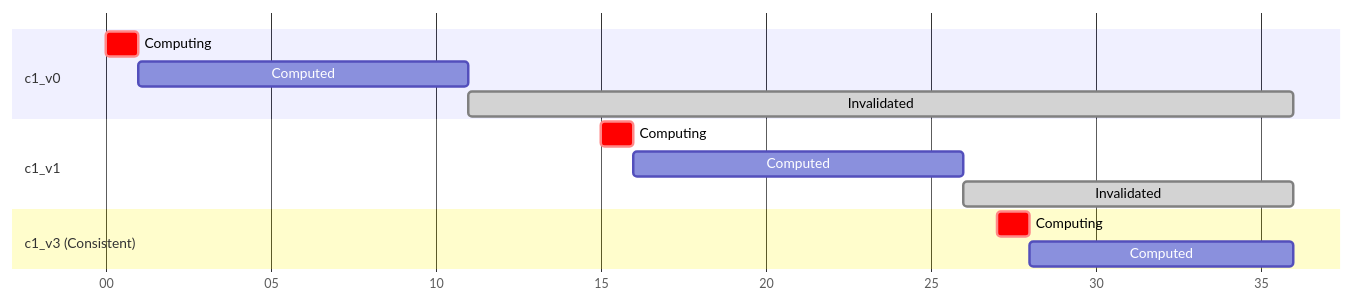
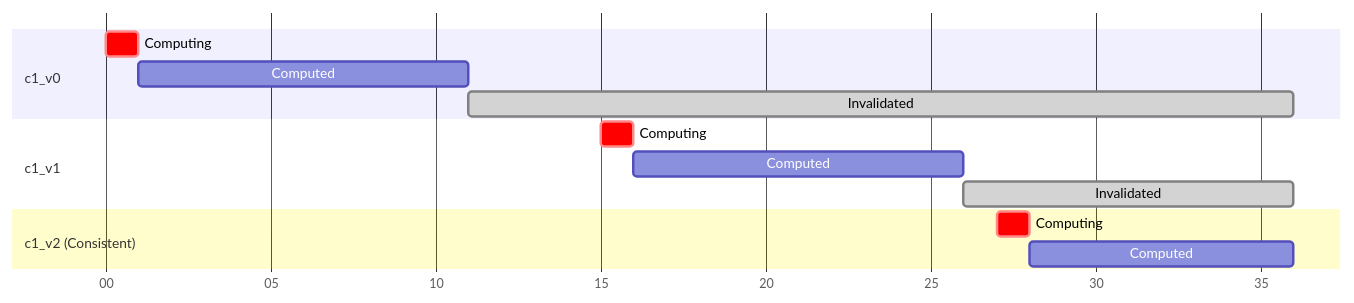
The diagram in docs/img-src/Computed-Gantt.mmd (servicetitan/Stl.Fusion), drawn with Mermaid before and after one commit. The commit also changed 9 other files, not shown here.

```diff
--- a/docs/img-src/Computed-Gantt.mmd
+++ b/docs/img-src/Computed-Gantt.mmd
@@ -1,14 +1,14 @@
 gantt
   dateFormat s
   axisFormat %S
 	section c1_v0
 	Computing   : crit, a0, 0, 1s
 	Computed    : a1, after a0, 10s
 	Invalidated : done, a2, after a1, 25s
   section c1_v1
   Computing   : crit, b0, 15, 1s
 	Computed    : b1, after b0, 10s
 	Invalidated : done, b2, after b1, 10s
-  section c1_v3 (Consistent)
+  section c1_v2 (Consistent)
   Computing   : crit, c0, 27, 1s
 	Computed    : c1, after c0, 8s
```
